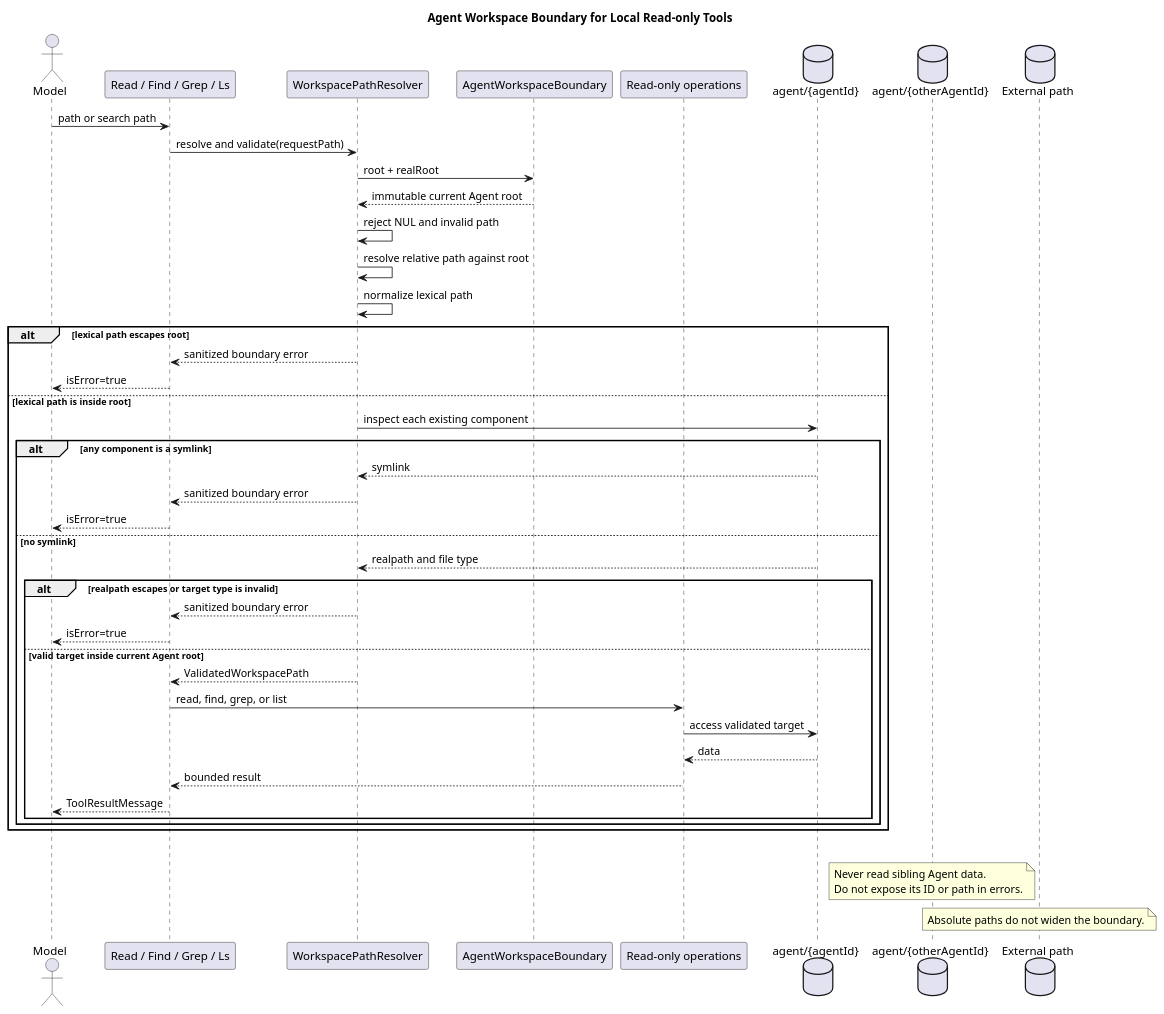
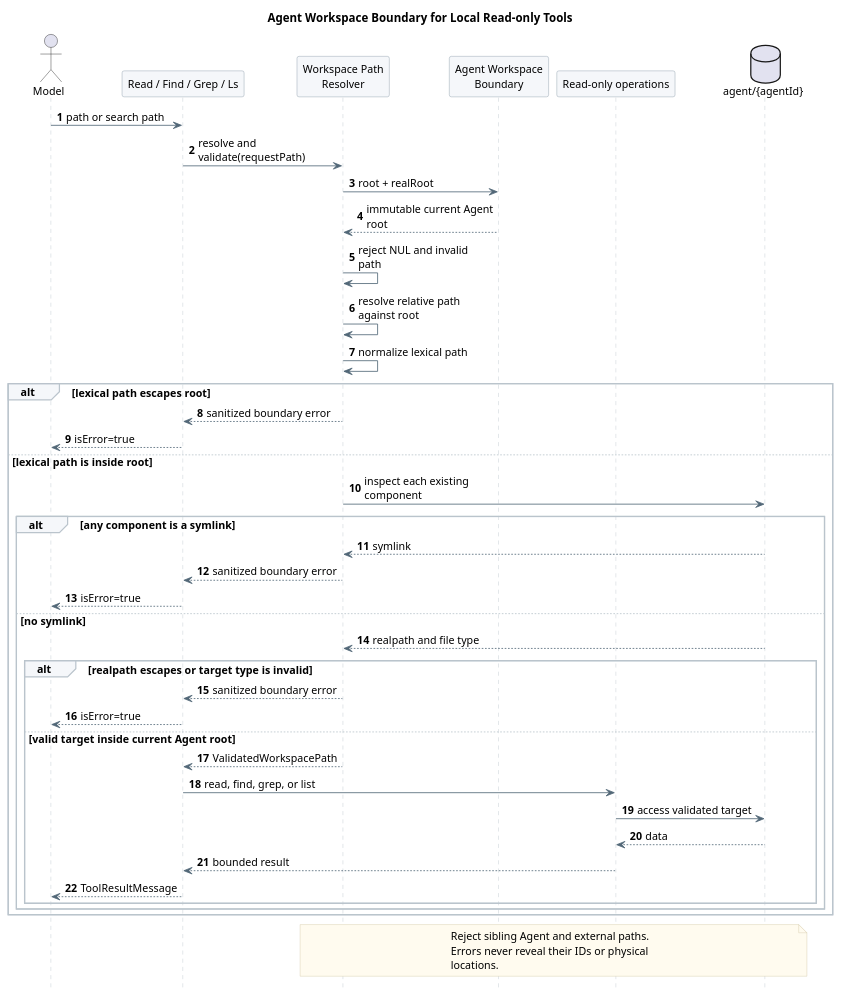
Before and after one commit to ssm0808/pi-mono-java-design: the eighth of 11 diagrams in 01-总体架构/02-CampusClaw工具系统/diagram.puml, drawn with PlantUML. The commit also changed other lines of this file and 212 other files, not shown here.

Commit message:
docs(design): 精简模块文档并重排全仓设计图

```diff
--- a/01-总体架构/02-CampusClaw工具系统/diagram.puml
+++ b/01-总体架构/02-CampusClaw工具系统/diagram.puml
@@ -477,65 +569,74 @@
 @startuml read_agent_workspace_isolation
+skinparam backgroundColor white
+skinparam defaultFontName SansSerif
+skinparam defaultFontSize 13
+skinparam shadowing false
+skinparam sequenceMessageAlign left
+skinparam maxMessageSize 165
+skinparam sequenceArrowColor #526777
+skinparam sequenceLifeLineBorderColor #BAC4CC
+skinparam sequenceParticipantBackgroundColor #F5F7FA
+skinparam sequenceParticipantBorderColor #8496A4
+skinparam sequenceGroupBackgroundColor #F5F7FA
+skinparam sequenceGroupBorderColor #BAC4CC
+skinparam noteBackgroundColor #FFFBEF
+skinparam noteBorderColor #D2C6A5
+hide footbox
+autonumber
 title Agent Workspace Boundary for Local Read-only Tools
-skinparam shadowing false
 
 ' Source evidence (CampusClaw d649866):
 ' modules/coding-agent-cli/src/main/java/com/campusclaw/codingagent/tool/read/ReadTool.java
 ' modules/coding-agent-cli/src/main/java/com/campusclaw/codingagent/util/PathUtils.java
 ' modules/coding-agent-cli/src/main/java/com/campusclaw/codingagent/tool/bash/BashExecutor.java
 ' pi packages/coding-agent/src/core/tools/read.ts, find.ts, grep.ts, ls.ts
 ' Observed behavior: current Read checks cwd containment, while the remaining
 ' tools do not share one session-bound Agent root. Bash cwd is not a sandbox.
 ' Design reason: every local tool uses the same immutable root and rejects
 ' symlink or realpath escape. Command and write tools are never assembled.
 
 actor Model
 participant "Read / Find / Grep / Ls" as Tool
-participant "WorkspacePathResolver" as Resolver
-participant "AgentWorkspaceBoundary" as Boundary
+participant "Workspace Path\nResolver" as Resolver
+participant "Agent Workspace\nBoundary" as Boundary
 participant "Read-only operations" as Operations
 database "agent/{agentId}" as Root
-database "agent/{otherAgentId}" as Other
-database "External path" as External
 
 Model -> Tool : path or search path
 Tool -> Resolver : resolve and validate(requestPath)
 Resolver -> Boundary : root + realRoot
 Boundary --> Resolver : immutable current Agent root
 Resolver -> Resolver : reject NUL and invalid path
 Resolver -> Resolver : resolve relative path against root
 Resolver -> Resolver : normalize lexical path
 alt lexical path escapes root
   Resolver --> Tool : sanitized boundary error
   Tool --> Model : isError=true
 else lexical path is inside root
   Resolver -> Root : inspect each existing component
   alt any component is a symlink
     Root --> Resolver : symlink
     Resolver --> Tool : sanitized boundary error
     Tool --> Model : isError=true
   else no symlink
     Root --> Resolver : realpath and file type
     alt realpath escapes or target type is invalid
       Resolver --> Tool : sanitized boundary error
       Tool --> Model : isError=true
     else valid target inside current Agent root
       Resolver --> Tool : ValidatedWorkspacePath
       Tool -> Operations : read, find, grep, or list
       Operations -> Root : access validated target
       Root --> Operations : data
       Operations --> Tool : bounded result
       Tool --> Model : ToolResultMessage
     end
   end
 end
 
-Root -[hidden]-> Other
-Other -[hidden]-> External
-note over Other
-Never read sibling Agent data.
-Do not expose its ID or path in errors.
-end note
-note over External
-Absolute paths do not widen the boundary.
+note over Resolver,Root
+  Reject sibling Agent and external paths.
+  Errors never reveal their IDs or physical
+  locations.
 end note
 @enduml
```
